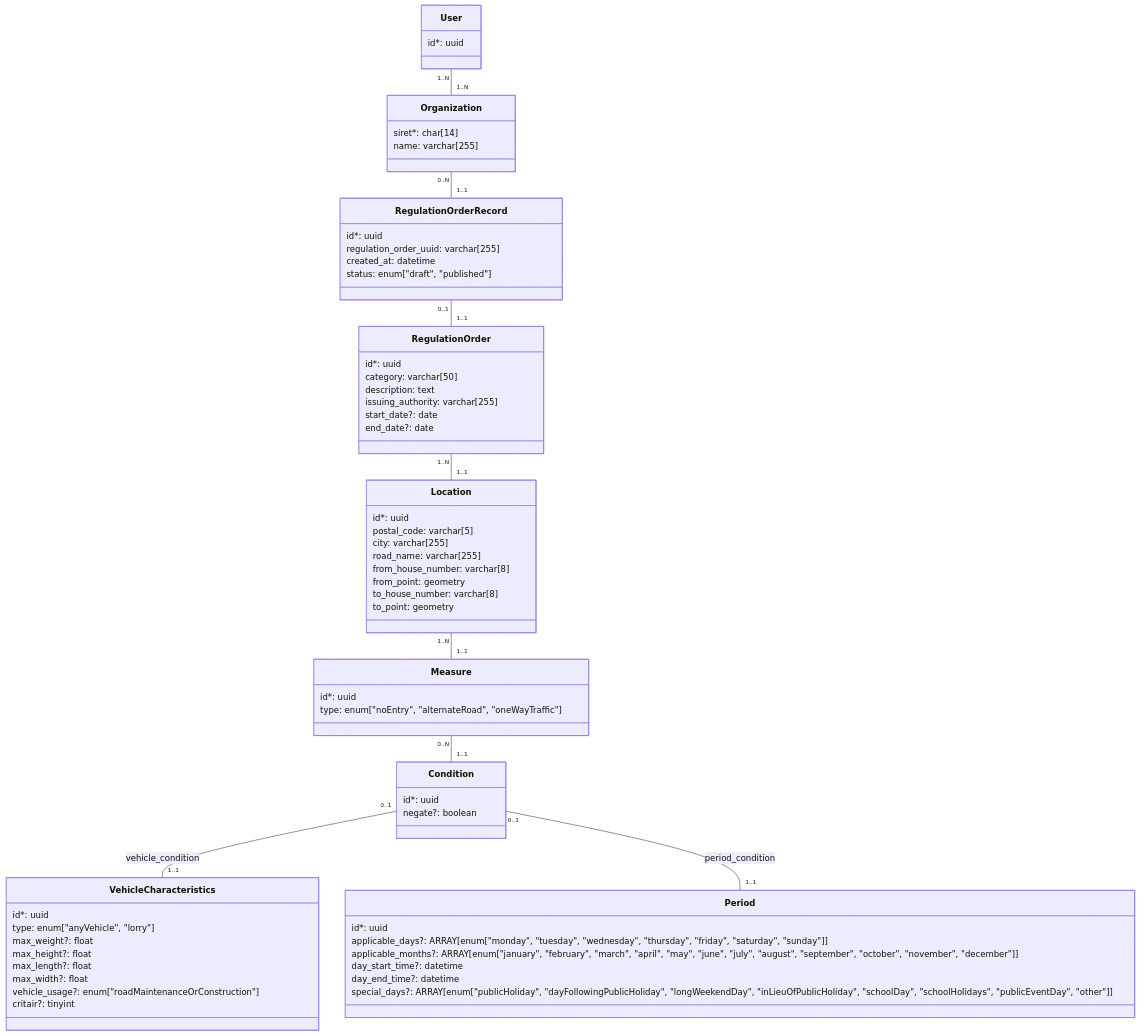
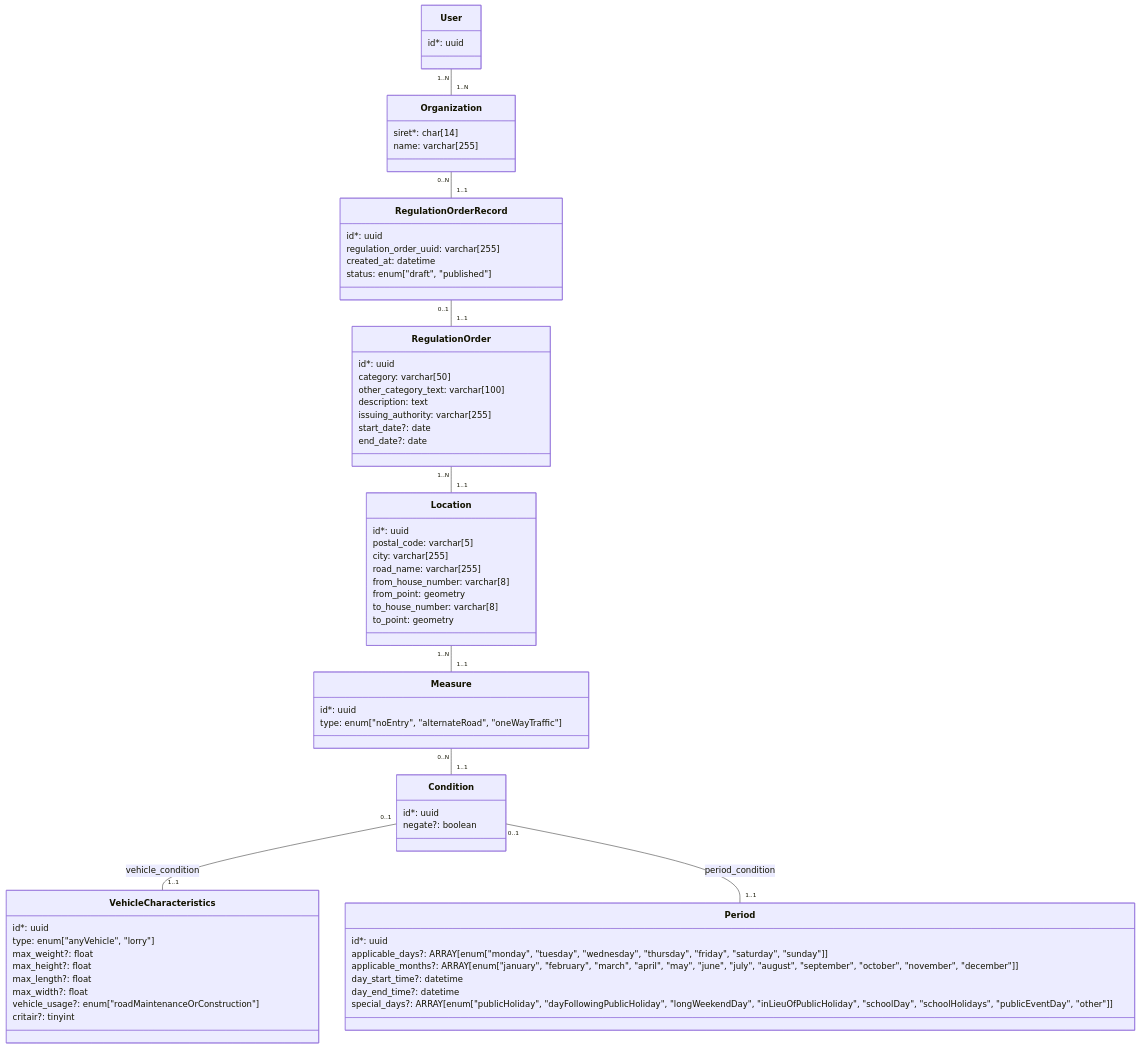
Before and after one commit to MTES-MCT/dialog: the diagram in docs/adr/002_mcd.md, drawn with Mermaid. The commit also changed 11 other files, not shown here.

````diff
--- a/docs/adr/002_mcd.md
+++ b/docs/adr/002_mcd.md
@@ -19,79 +19,80 @@
 ```mermaid
 classDiagram
 direction TB
 
 class User {
     id*: uuid
 }
 
 class Organization {
     siret*: char[14]
     name: varchar[255]
 }
 
 class RegulationOrderRecord {
     id*: uuid
     regulation_order_uuid: varchar[255]
     created_at: datetime
     status: enum["draft", "published"]
 }
 
 class RegulationOrder {
     id*: uuid
     category: varchar[50]
+    other_category_text: varchar[100]
     description: text
     issuing_authority: varchar[255]
     start_date?: date
     end_date?: date
 }
 
 class Measure {
   id*: uuid
   type: enum["noEntry", "alternateRoad", "oneWayTraffic"]
 }
 
 class VehicleCharacteristics {
     id*: uuid
     type: enum["anyVehicle", "lorry"]
     max_weight?: float
     max_height?: float
     max_length?: float
     max_width?: float
     vehicle_usage?: enum["roadMaintenanceOrConstruction"]
     critair?: tinyint
 }
 
 class Location {
     id*: uuid
     postal_code: varchar[5]
     city: varchar[255]
     road_name: varchar[255]
     from_house_number: varchar[8]
     from_point: geometry
     to_house_number: varchar[8]
     to_point: geometry
 }
 
 class Condition {
     id*: uuid
     negate?: boolean
 }
 
 class Period {
     id*: uuid
     applicable_days?: ARRAY[enum["monday", "tuesday", "wednesday", "thursday", "friday", "saturday", "sunday"]]
     applicable_months?: ARRAY[enum["january", "february", "march", "april", "may", "june", "july", "august", "september", "october", "november", "december"]]
     day_start_time?: datetime
     day_end_time?: datetime
     special_days?: ARRAY[enum["publicHoliday", "dayFollowingPublicHoliday", "longWeekendDay", "inLieuOfPublicHoliday", "schoolDay", "schoolHolidays", "publicEventDay", "other"]]
 }
 
 User "1..N" -- "1..N" Organization
 Organization "0..N" -- "1..1" RegulationOrderRecord
 RegulationOrderRecord "0..1" -- "1..1" RegulationOrder
 RegulationOrder "1..N" -- "1..1" Location
 Location "1..N" -- "1..1" Measure
 Measure "0..N" -- "1..1" Condition
 Condition "0..1" -- "1..1" VehicleCharacteristics : vehicle_condition
 Condition "0..1" -- "1..1" Period : period_condition
 ```
````
